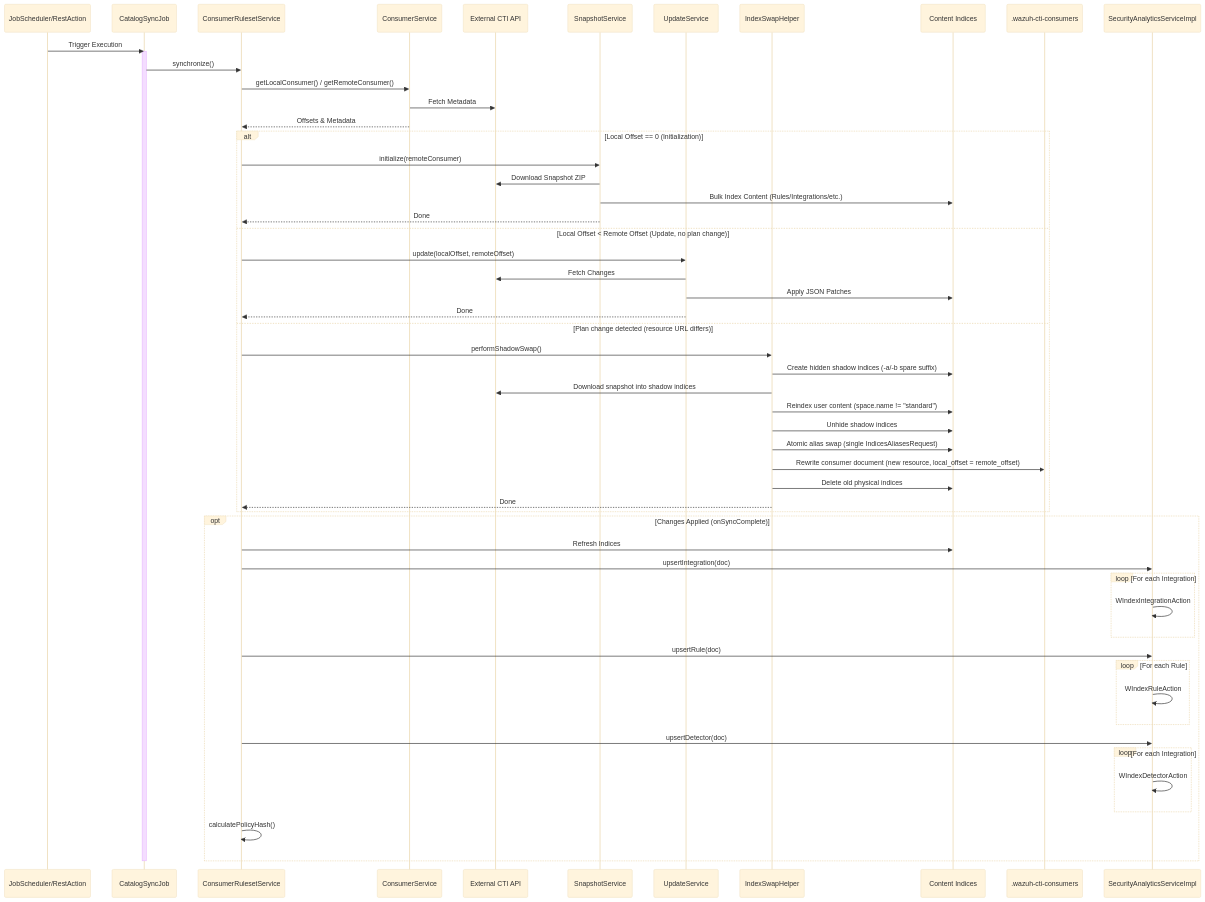
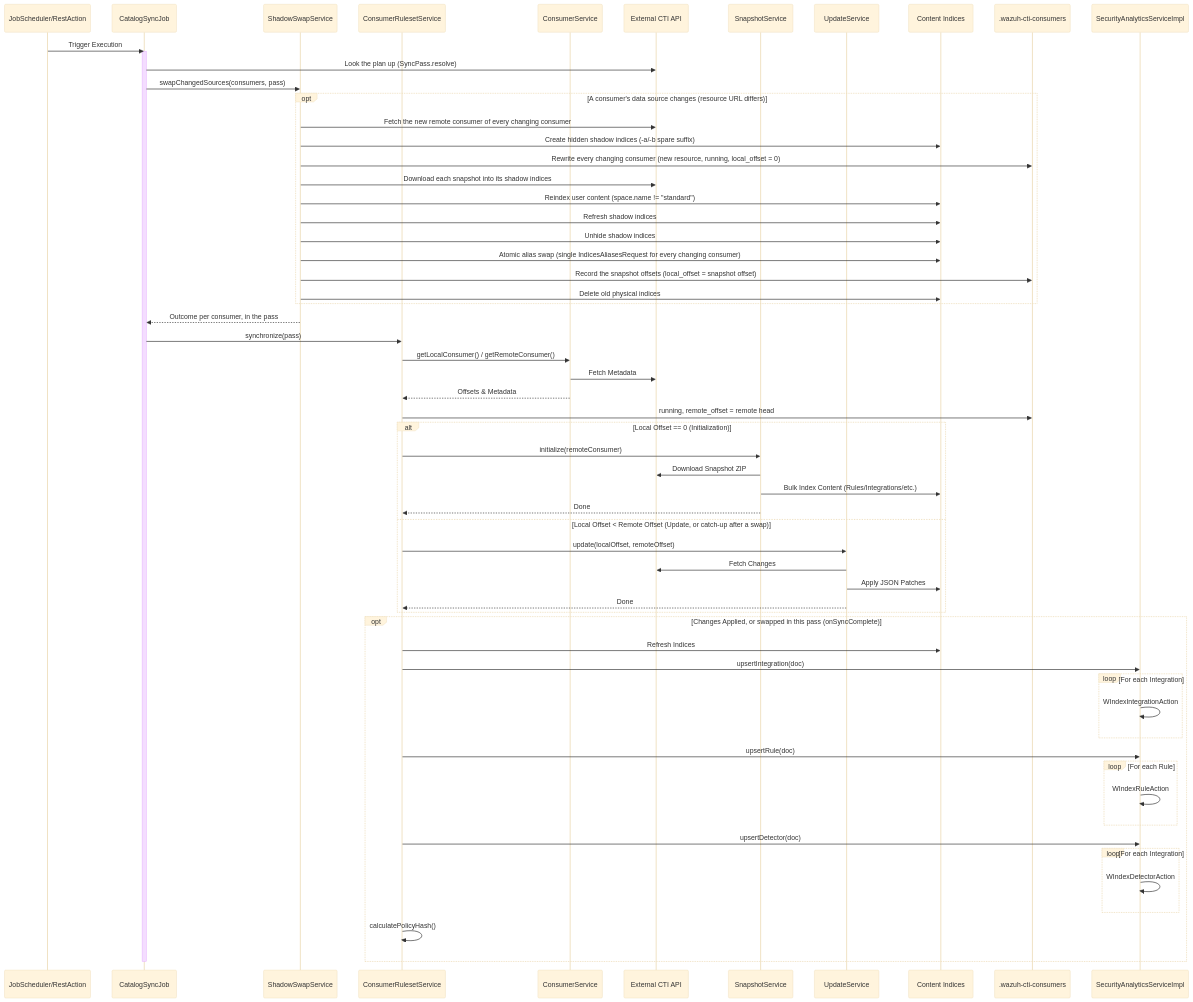
Before and after one commit to wazuh/wazuh-indexer-plugins: the third of 12 diagrams in docs/dev/plugins/content-manager.md, drawn with Mermaid (base theme). The commit also changed other lines of this file and 21 other files, not shown here.

Commit message:
Swap CTI consumers in one atomic operation (#1675)

````diff
--- a/docs/dev/plugins/content-manager.md
+++ b/docs/dev/plugins/content-manager.md
@@ -587,68 +598,76 @@
 ```mermaid
 sequenceDiagram
     participant Scheduler as JobScheduler/RestAction
     participant SyncJob as CatalogSyncJob
+    participant Swap as ShadowSwapService
     participant Synchronizer as ConsumerRulesetService
     participant ConsumerSvc as ConsumerService
     participant CTI as External CTI API
     participant Snapshot as SnapshotService
     participant Update as UpdateService
-    participant Swap as IndexSwapHelper
     participant Indices as Content Indices
     participant Consumers as .wazuh-cti-consumers
     participant SA as SecurityAnalyticsServiceImpl
 
     Scheduler->>SyncJob: Trigger Execution
     activate SyncJob
 
-    SyncJob->>Synchronizer: synchronize()
+    SyncJob->>CTI: Look the plan up (SyncPass.resolve)
+
+    SyncJob->>Swap: swapChangedSources(consumers, pass)
+    opt A consumer's data source changes (resource URL differs)
+        Swap->>CTI: Fetch the new remote consumer of every changing consumer
+        Swap->>Indices: Create hidden shadow indices (-a/-b spare suffix)
+        Swap->>Consumers: Rewrite every changing consumer (new resource, running, local_offset = 0)
+        Swap->>CTI: Download each snapshot into its shadow indices
+        Swap->>Indices: Reindex user content (space.name != "standard")
+        Swap->>Indices: Refresh shadow indices
+        Swap->>Indices: Unhide shadow indices
+        Swap->>Indices: Atomic alias swap (single IndicesAliasesRequest for every changing consumer)
+        Swap->>Consumers: Record the snapshot offsets (local_offset = snapshot offset)
+        Swap->>Indices: Delete old physical indices
+    end
+    Swap-->>SyncJob: Outcome per consumer, in the pass
+
+    SyncJob->>Synchronizer: synchronize(pass)
 
     Synchronizer->>ConsumerSvc: getLocalConsumer() / getRemoteConsumer()
     ConsumerSvc->>CTI: Fetch Metadata
     ConsumerSvc-->>Synchronizer: Offsets & Metadata
+    Synchronizer->>Consumers: running, remote_offset = remote head
 
     alt Local Offset == 0 (Initialization)
         Synchronizer->>Snapshot: initialize(remoteConsumer)
         Snapshot->>CTI: Download Snapshot ZIP
         Snapshot->>Indices: Bulk Index Content (Rules/Integrations/etc.)
         Snapshot-->>Synchronizer: Done
-    else Local Offset < Remote Offset (Update, no plan change)
+    else Local Offset < Remote Offset (Update, or catch-up after a swap)
         Synchronizer->>Update: update(localOffset, remoteOffset)
         Update->>CTI: Fetch Changes
         Update->>Indices: Apply JSON Patches
         Update-->>Synchronizer: Done
-    else Plan change detected (resource URL differs)
-        Synchronizer->>Swap: performShadowSwap()
-        Swap->>Indices: Create hidden shadow indices (-a/-b spare suffix)
-        Swap->>CTI: Download snapshot into shadow indices
-        Swap->>Indices: Reindex user content (space.name != "standard")
-        Swap->>Indices: Unhide shadow indices
-        Swap->>Indices: Atomic alias swap (single IndicesAliasesRequest)
-        Swap->>Consumers: Rewrite consumer document (new resource, local_offset = remote_offset)
-        Swap->>Indices: Delete old physical indices
-        Swap-->>Synchronizer: Done
     end
 
-    opt Changes Applied (onSyncComplete)
+    opt Changes Applied, or swapped in this pass (onSyncComplete)
         Synchronizer->>Indices: Refresh Indices
 
         Synchronizer->>SA: upsertIntegration(doc)
         loop For each Integration
             SA->>SA: WIndexIntegrationAction
         end
 
         Synchronizer->>SA: upsertRule(doc)
         loop For each Rule
             SA->>SA: WIndexRuleAction
         end
 
         Synchronizer->>SA: upsertDetector(doc)
         loop For each Integration
             SA->>SA: WIndexDetectorAction
         end
 
         Synchronizer->>Synchronizer: calculatePolicyHash()
     end
 
     deactivate SyncJob
 ```
````
